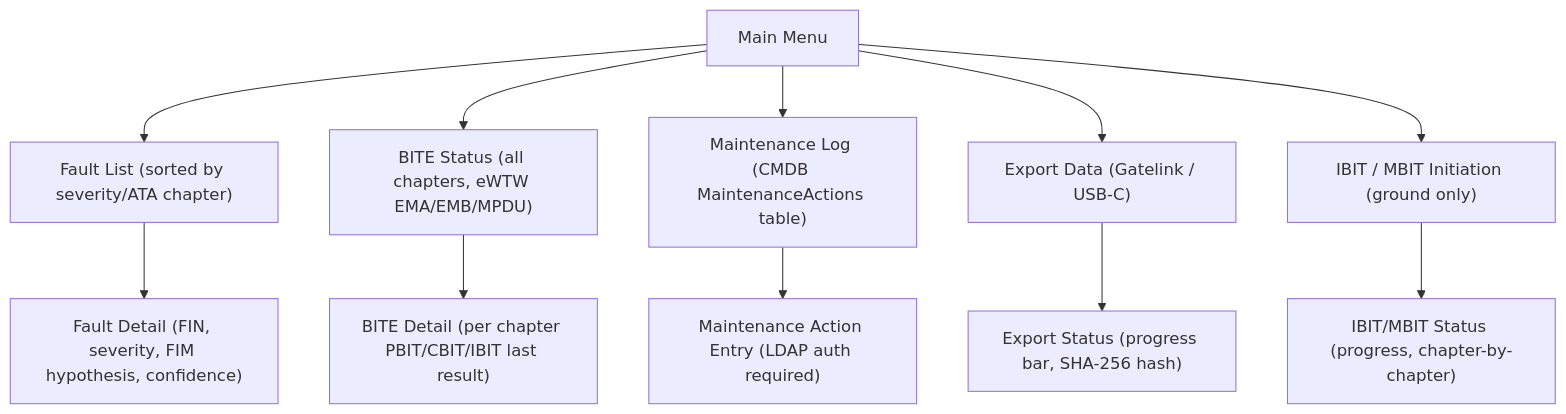
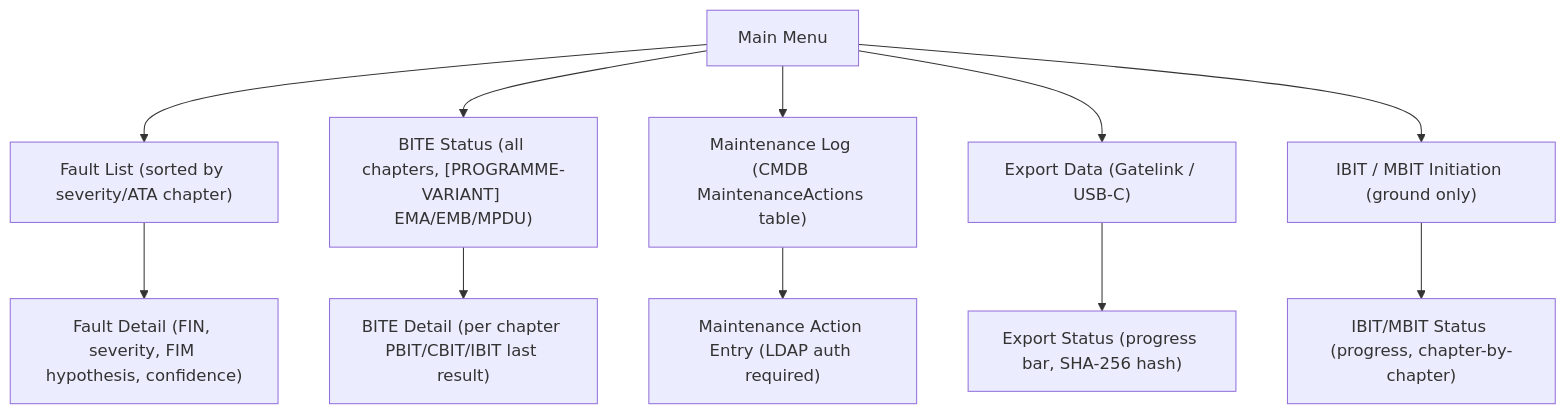
One commit to AmedeoPelliccia/Qplus-For-All-Queer-People-and-Quantum changed the second of 3 diagrams in Q+ATLANTIDE/000-099_ATLAS/040-049_Avionica-Informacion-y-APU/045_Central-Maintenance-System/045-060-Maintenance-Terminal-and-Crew-Maintenance-Interfaces.md. Above: the diagram before and after it, drawn with Mermaid. The commit also changed other lines of this file and 676 other files, not shown here.

First line of the commit message:
feat: de-programmatize all ATLAS standard files — remove AMPEL360E/eWTW programme content

````diff
--- a/Q+ATLANTIDE/000-099_ATLAS/040-049_Avionica-Informacion-y-APU/045_Central-Maintenance-System/045-060-Maintenance-Terminal-and-Crew-Maintenance-Interfaces.md
+++ b/Q+ATLANTIDE/000-099_ATLAS/040-049_Avionica-Informacion-y-APU/045_Central-Maintenance-System/045-060-Maintenance-Terminal-and-Crew-Maintenance-Interfaces.md
@@ -119,14 +121,14 @@
 ```mermaid
 graph TD
     MM["Main Menu"]
     MM --> FL["Fault List (sorted by severity/ATA chapter)"]
-    MM --> BS["BITE Status (all chapters, eWTW EMA/EMB/MPDU)"]
+    MM --> BS["BITE Status (all chapters, [PROGRAMME-VARIANT] EMA/EMB/MPDU)"]
     MM --> ML["Maintenance Log (CMDB MaintenanceActions table)"]
     MM --> ED["Export Data (Gatelink / USB-C)"]
     MM --> IT["IBIT / MBIT Initiation (ground only)"]
     FL --> FD["Fault Detail (FIN, severity, FIM hypothesis, confidence)"]
     BS --> BD["BITE Detail (per chapter PBIT/CBIT/IBIT last result)"]
     ML --> MA["Maintenance Action Entry (LDAP auth required)"]
     ED --> EX["Export Status (progress bar, SHA-256 hash)"]
     IT --> IS["IBIT/MBIT Status (progress, chapter-by-chapter)"]
 ```
````
